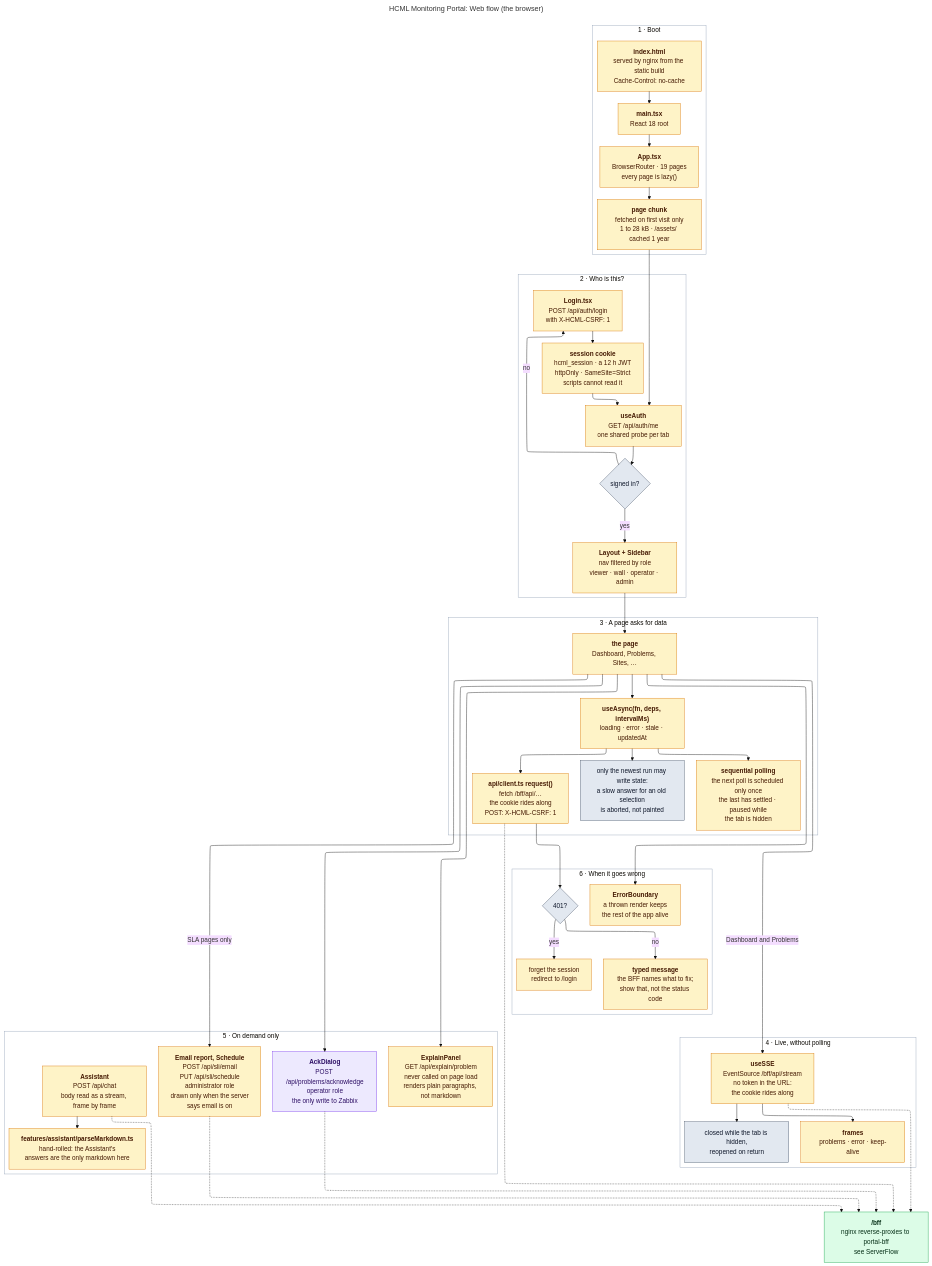
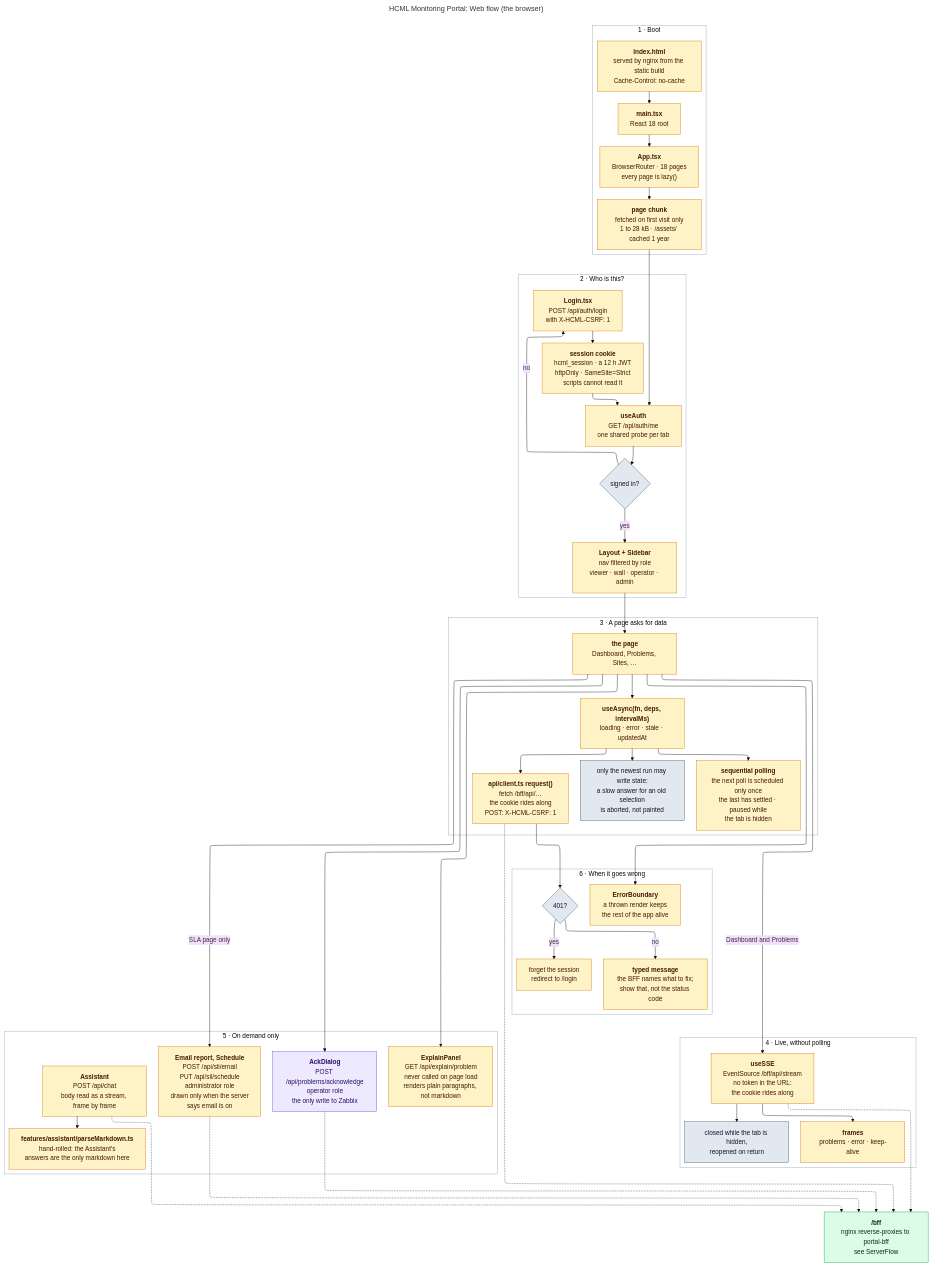
The diagram in docs/flow/WebFlow.mmd (Fxkra28/Dashboard-Zabbix-Prototype-Local_LLM), drawn with Mermaid (base theme) before and after one commit. The commit also changed 345 other files, not shown here.

```diff
--- a/docs/flow/WebFlow.mmd
+++ b/docs/flow/WebFlow.mmd
@@ -1,147 +1,147 @@
 ---
 title: "HCML Monitoring Portal: Web flow (the browser)"
 config:
   layout: elk
   elk:
     mergeEdges: false
     nodePlacementStrategy: BRANDES_KOEPF
 ---
 flowchart TB
 
     %%  Web flow: what happens in the browser, from the first byte
     %%  nginx serves to the moment a page has data on screen.
 
     %%  Amber  runs in the browser.
     %%  Green  the portal's own BFF, same origin, behind /bff.
     %%  Grey   a decision, a guard, or a boundary.
 
     %%  Nothing here ever holds a Zabbix or model credential. Every call
     %%  goes to /bff. The portal JWT rides in an httpOnly cookie that no
     %%  script on the page can read (ADR-0010); it only proves who the
     %%  user is to the portal and grants nothing in Zabbix.
 
     %%  Two arrows were corrected against the code and must stay this
     %%  way. (1) The stream is opened by two pages, not the shell:
     %%  useSSE has two call sites, Overview.tsx (the Dashboard) and
     %%  Problems.tsx, and navigating away closes the connection. The
     %%  Problems page uses it as a signal to read its list again and
     %%  still polls every 30 s. (2) There is no ExplainPanel ->
     %%  markdown arrow: ExplainPanel renders its fields as plain <p>
     %%  paragraphs and never imports the renderer. The Assistant is its
     %%  only consumer.
 
     %%  Note also that stage 2's "signed in?" diamond is not implemented
     %%  as a route guard. No component reads the role and redirects; the
     %%  automatic paths to /login are the api client reacting to a 401, to a
     %%  sign-out in another tab, or to a page Back restores after one, so
     %%  an unauthenticated visitor sees the chrome for one round trip.
 
-    %%  The Email report and Schedule dialogs sit on the two SLA pages.
+    %%  The Email report and Schedule dialogs sit on the SLA page.
     %%  An administrator sees them only when GET /api/sli/email says
     %%  email is on; for everyone else the buttons are not drawn.
 
     subgraph W1["1 &middot; Boot"]
         HTML["<b>index.html</b><br>served by nginx from the static build<br>Cache-Control: no-cache"]
         MAIN["<b>main.tsx</b><br>React 18 root"]
-        APP["<b>App.tsx</b><br>BrowserRouter &middot; 19 pages<br>every page is lazy()"]
+        APP["<b>App.tsx</b><br>BrowserRouter &middot; 18 pages<br>every page is lazy()"]
         CHUNK["<b>page chunk</b><br>fetched on first visit only<br>1 to 28 kB &middot; /assets/ cached 1 year"]
 
         HTML --> MAIN --> APP --> CHUNK
     end
 
     subgraph W2["2 &middot; Who is this?"]
         ME["<b>useAuth</b><br>GET /api/auth/me<br>one shared probe per tab"]
         HASROLE{"signed in?"}
         LOGIN["<b>Login.tsx</b><br>POST /api/auth/login<br>with X-HCML-CSRF: 1"]
         COOKIE["<b>session cookie</b><br>hcml_session &middot; a 12 h JWT<br>httpOnly &middot; SameSite=Strict<br>scripts cannot read it"]
         LAYOUT["<b>Layout + Sidebar</b><br>nav filtered by role<br>viewer &middot; wall &middot; operator &middot; admin"]
 
         ME --> HASROLE
         HASROLE -->|"no"| LOGIN
         LOGIN --> COOKIE
         COOKIE --> ME
         HASROLE -->|"yes"| LAYOUT
     end
 
     subgraph W3["3 &middot; A page asks for data"]
         PAGE["<b>the page</b><br>Dashboard, Problems, Sites, &hellip;"]
         ASYNC["<b>useAsync(fn, deps, intervalMs)</b><br>loading &middot; error &middot; stale &middot; updatedAt"]
         GUARD["only the newest run may write state:<br>a slow answer for an old selection<br>is aborted, not painted"]
         POLL["<b>sequential polling</b><br>the next poll is scheduled only once<br>the last has settled &middot; paused while<br>the tab is hidden"]
         APICALL["<b>api/client.ts request()</b><br>fetch /bff/api/&hellip;<br>the cookie rides along<br>POST: X-HCML-CSRF: 1"]
 
         PAGE --> ASYNC
         ASYNC --> GUARD
         ASYNC --> POLL
         ASYNC --> APICALL
     end
 
     subgraph W4["4 &middot; Live, without polling"]
         SSE["<b>useSSE</b><br>EventSource /bff/api/stream<br>no token in the URL:<br>the cookie rides along"]
         FRAMES["<b>frames</b><br>problems &middot; error &middot; keep-alive"]
         HIDDEN["closed while the tab is hidden,<br>reopened on return"]
 
         SSE --> FRAMES
         SSE --> HIDDEN
     end
 
     subgraph W5["5 &middot; On demand only"]
         EXPLAIN["<b>ExplainPanel</b><br>GET /api/explain/problem<br>never called on page load<br>renders plain paragraphs, not markdown"]
         CHATP["<b>Assistant</b><br>POST /api/chat<br>body read as a stream, frame by frame"]
         MD["<b>features/assistant/parseMarkdown.ts</b><br>hand-rolled: the Assistant's<br>answers are the only markdown here"]
         ACK["<b>AckDialog</b><br>POST /api/problems/acknowledge<br>operator role<br>the only write to Zabbix"]
         MAILD["<b>Email report, Schedule</b><br>POST /api/sli/email<br>PUT /api/sli/schedule<br>administrator role<br>drawn only when the server<br>says email is on"]
 
         CHATP --> MD
     end
 
     subgraph W6["6 &middot; When it goes wrong"]
         R401{"401?"}
         SIGNOUT["forget the session<br>redirect to /login"]
         TYPED["<b>typed message</b><br>the BFF names what to fix;<br>show that, not the status code"]
         BOUNDARY["<b>ErrorBoundary</b><br>a thrown render keeps<br>the rest of the app alive"]
 
         R401 -->|"yes"| SIGNOUT
         R401 -->|"no"| TYPED
     end
 
     BFF["<b>/bff</b><br>nginx reverse-proxies to portal-bff<br>see ServerFlow"]
 
     CHUNK --> ME
     LAYOUT --> PAGE
     PAGE -->|"Dashboard and Problems"| SSE
     PAGE --> EXPLAIN
     PAGE --> ACK
-    PAGE -->|"SLA pages only"| MAILD
+    PAGE -->|"SLA page only"| MAILD
     PAGE --> BOUNDARY
     APICALL --> R401
     APICALL -.-> BFF
     SSE -.-> BFF
     CHATP -.-> BFF
     ACK -.-> BFF
     MAILD -.-> BFF
 
     %% Frames must stay unfilled or they paint over the relationship lines.
 
     classDef browser fill:#fef3c7,stroke:#d97706,color:#451a03
     classDef server  fill:#dcfce7,stroke:#16a34a,color:#052e16
     classDef choice  fill:#e2e8f0,stroke:#475569,color:#0f172a
     classDef written fill:#ede9fe,stroke:#7c3aed,color:#2e1065
 
     style W1 fill:none,stroke:#94a3b8
     style W2 fill:none,stroke:#94a3b8
     style W3 fill:none,stroke:#94a3b8
     style W4 fill:none,stroke:#94a3b8
     style W5 fill:none,stroke:#94a3b8
     style W6 fill:none,stroke:#94a3b8
 
     class HTML,MAIN,APP,CHUNK browser
     class ME,LOGIN,COOKIE,LAYOUT browser
     class PAGE,ASYNC,POLL,APICALL browser
     class SSE,FRAMES,EXPLAIN,CHATP,MD,MAILD browser
     class SIGNOUT,TYPED,BOUNDARY browser
 
     class ACK written
     class BFF server
     class HASROLE,R401,GUARD,HIDDEN choice
-%% source-hash: 850068276cf4
+%% source-hash: 5a491d1a4874
```
